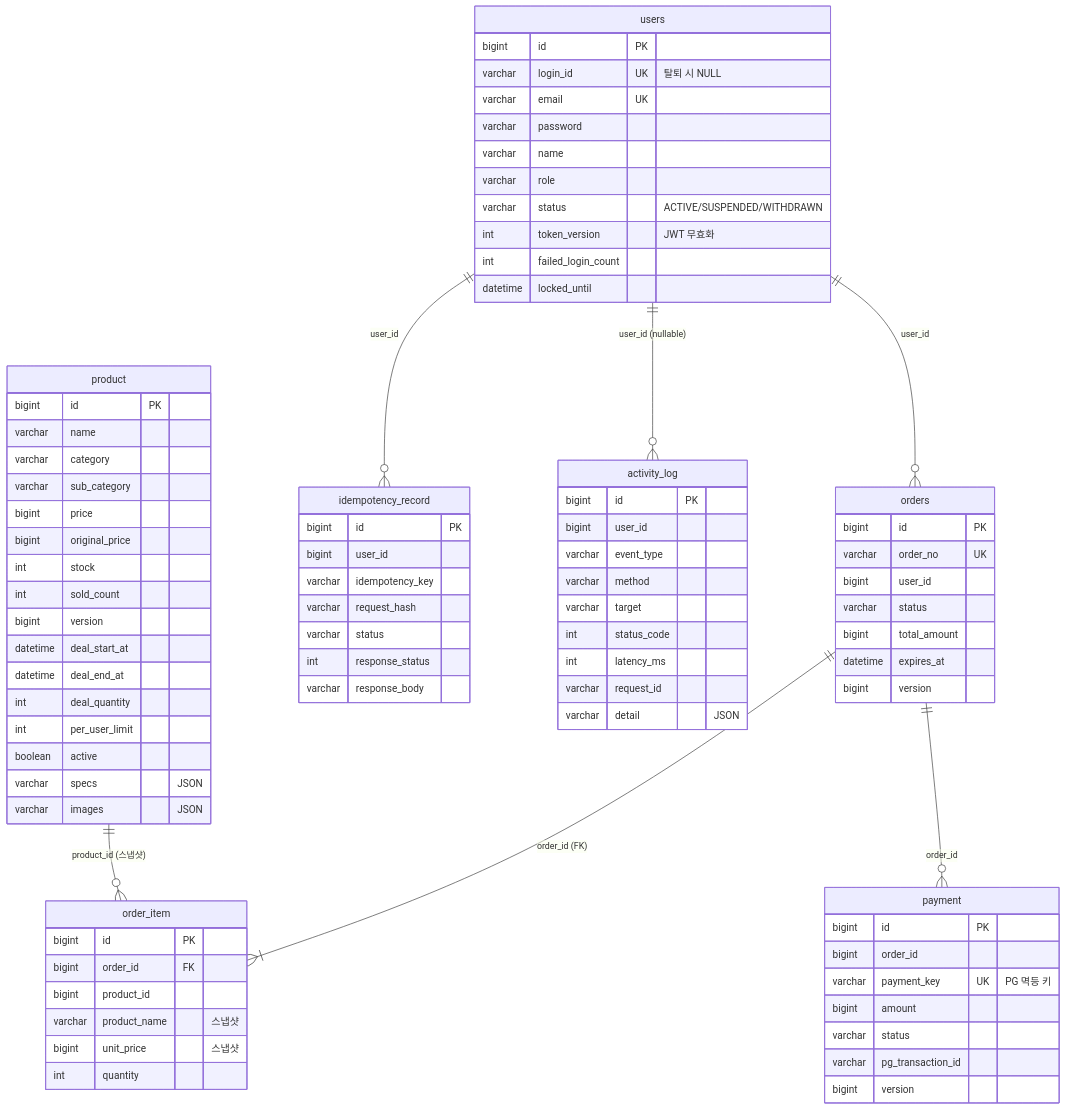
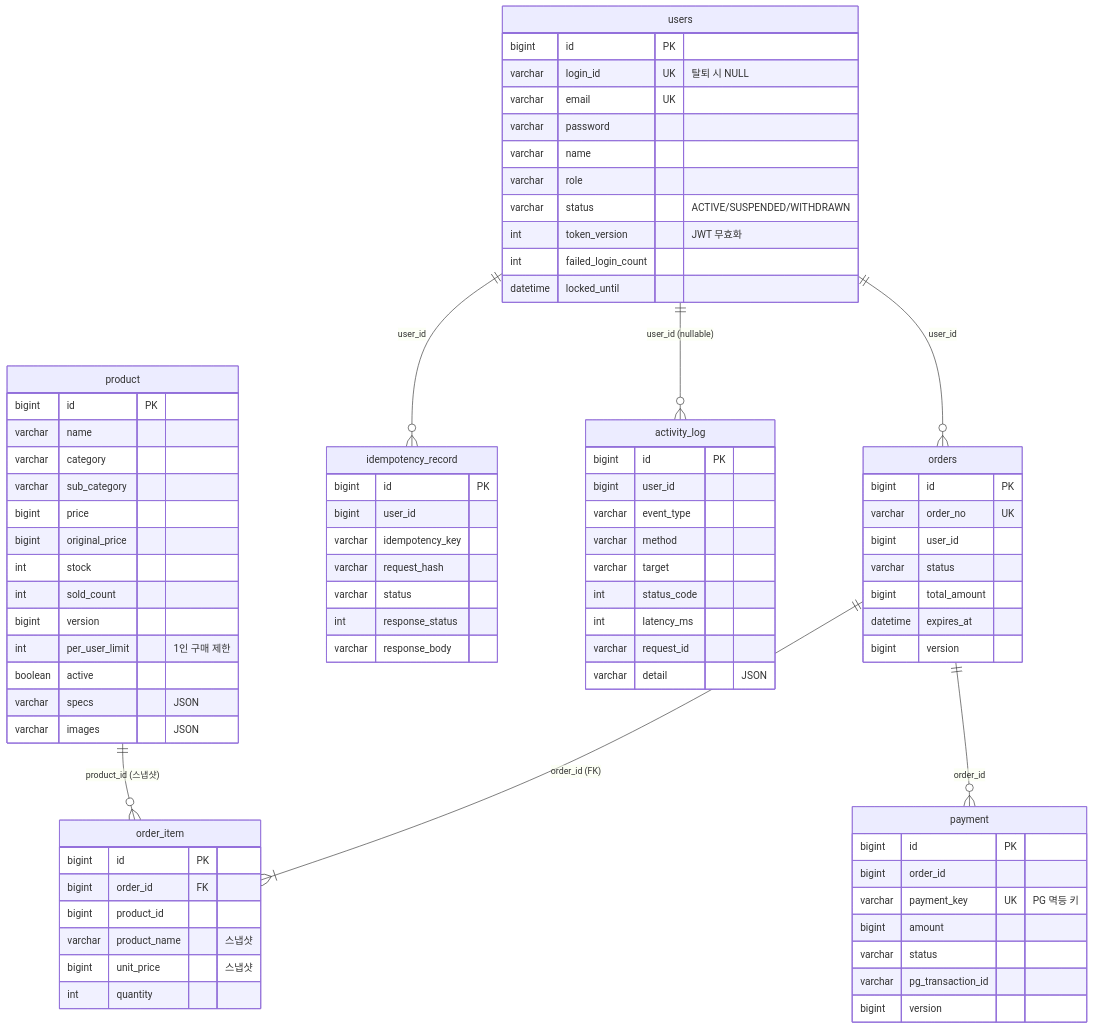
One commit to parkhh16/flashdeal changed the third of 3 diagrams in README.md. Above: the diagram before and after it, drawn with Mermaid. The commit also changed other lines of this file and 3 other files, not shown here.

```diff
--- a/README.md
+++ b/README.md
@@ -175,10 +175,7 @@
         int stock
         int sold_count
         bigint version
-        datetime deal_start_at
-        datetime deal_end_at
-        int deal_quantity
-        int per_user_limit
+        int per_user_limit "1인 구매 제한"
         boolean active
         varchar specs "JSON"
         varchar images "JSON"
```
